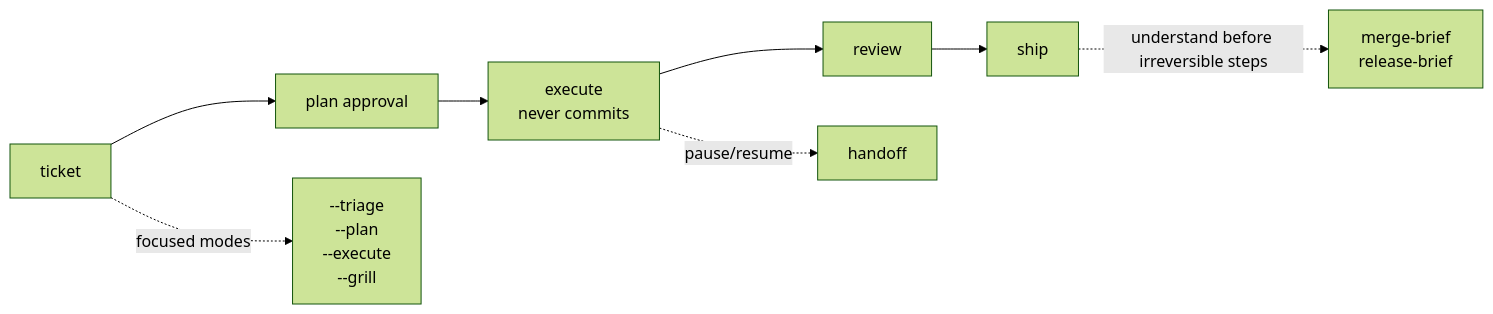
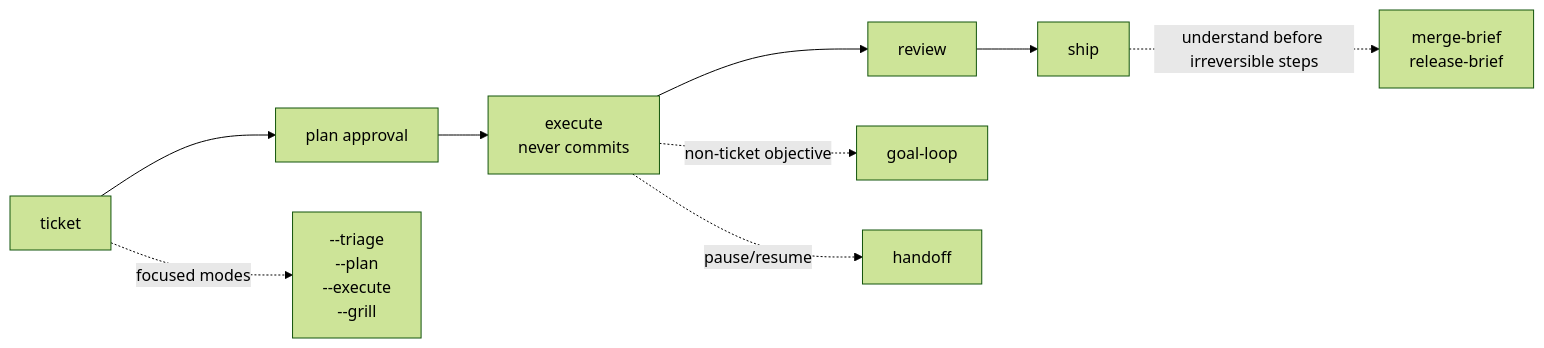
One commit to alimtunc/turkit changed the diagram in README.md. Above: the diagram before and after it, drawn with Mermaid (forest theme). The commit also changed other lines of this file and 12 other files, not shown here.

````diff
--- a/README.md
+++ b/README.md
@@ -31,11 +31,12 @@
 ```mermaid
 flowchart LR
     T["ticket"] --> A["plan approval"]
     A --> E["execute<br/>never commits"]
     E --> R["review"]
     R --> S["ship"]
 
     T -. "focused modes" .-> F["--triage<br/>--plan<br/>--execute<br/>--grill"]
+    E -. "non-ticket objective" .-> G["goal-loop"]
     E -. "pause/resume" .-> H["handoff"]
     S -. "understand before irreversible steps" .-> B["merge-brief<br/>release-brief"]
 ```
````
